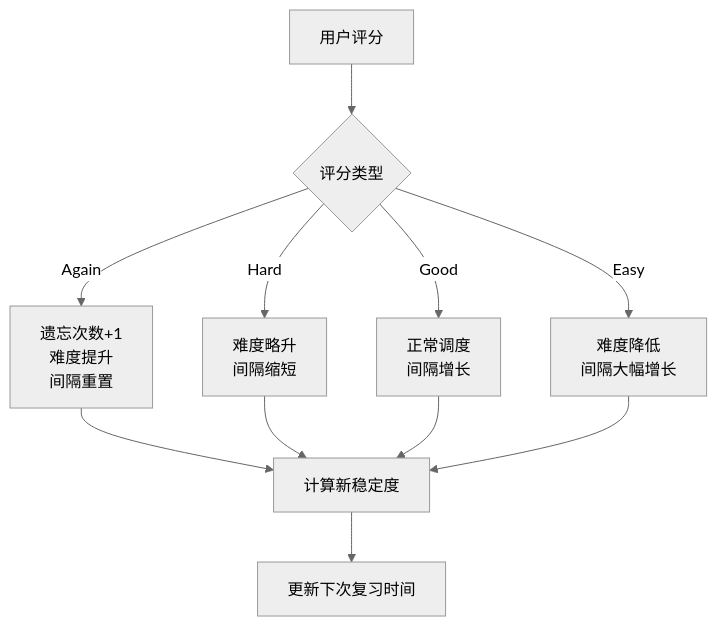
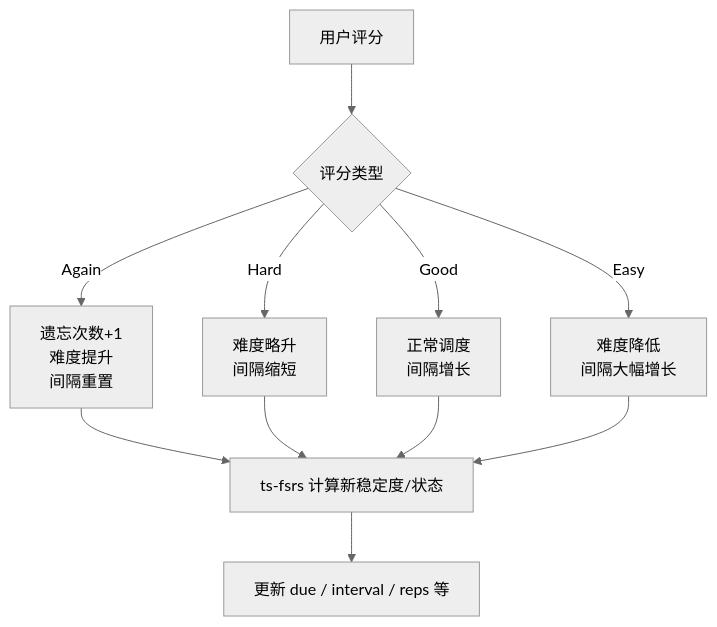
Before and after one commit to Samuelxiaozhuofeng/orca-srs-plugin: the diagram in 模块文档/SRS_记忆算法.md, drawn with Mermaid (neutral theme). The commit also changed other lines of this file and 37 other files, not shown here.

````diff
--- a/模块文档/SRS_记忆算法.md
+++ b/模块文档/SRS_记忆算法.md
@@ -60,13 +96,13 @@
 ```mermaid
 flowchart TD
     A[用户评分] --> B{评分类型}
     B -->|Again| C[遗忘次数+1<br/>难度提升<br/>间隔重置]
     B -->|Hard| D[难度略升<br/>间隔缩短]
     B -->|Good| E[正常调度<br/>间隔增长]
     B -->|Easy| F[难度降低<br/>间隔大幅增长]
-    C --> G[计算新稳定度]
+    C --> G[ts-fsrs 计算新稳定度/状态]
     D --> G
     E --> G
     F --> G
-    G --> H[更新下次复习时间]
+    G --> H[更新 due / interval / reps 等]
 ```
````
